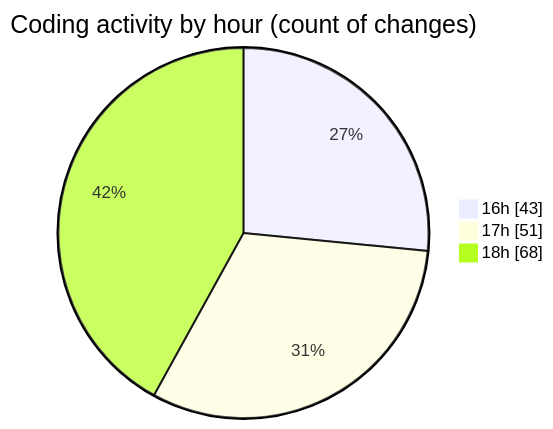
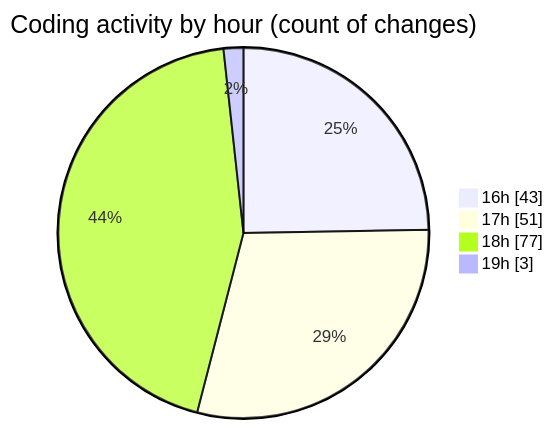
Before and after one commit to momahboobian/code-tracking: the second of 2 diagrams in 2026-11-13/broadcaster-v6-feature/README.md, drawn with Mermaid. The commit also changed other lines of this file and 1 other file, not shown here.

````diff
--- a/2026-11-13/broadcaster-v6-feature/README.md
+++ b/2026-11-13/broadcaster-v6-feature/README.md
@@ -77,7 +84,8 @@
 ```mermaid
 pie showData
 title Coding activity by hour (count of changes)
 "16h" : 43
 "17h" : 51
-"18h" : 68
+"18h" : 77
+"19h" : 3
 ```
````
